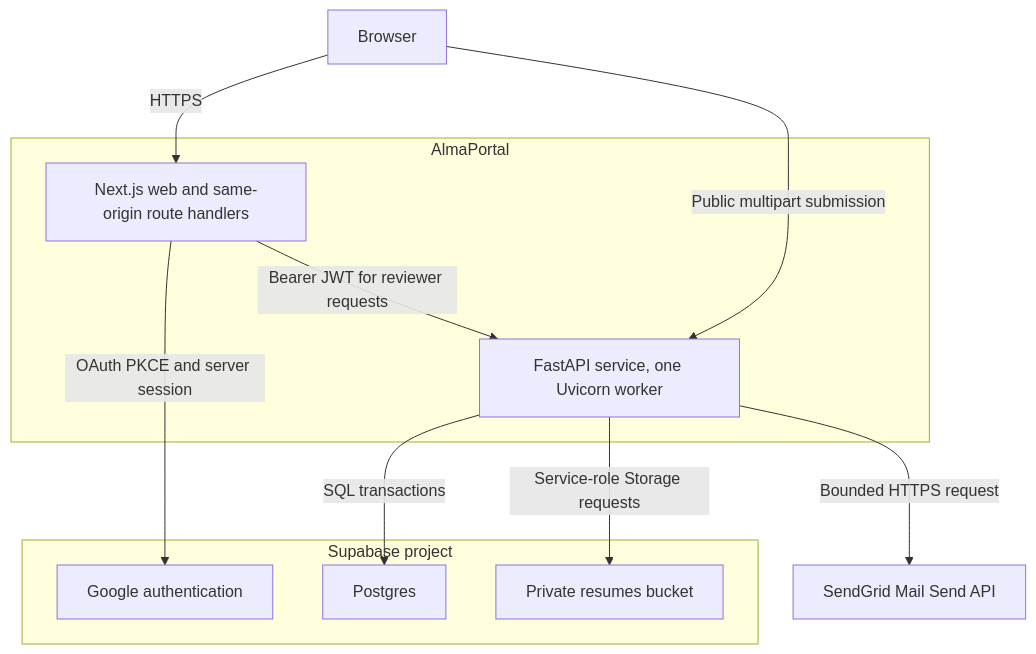
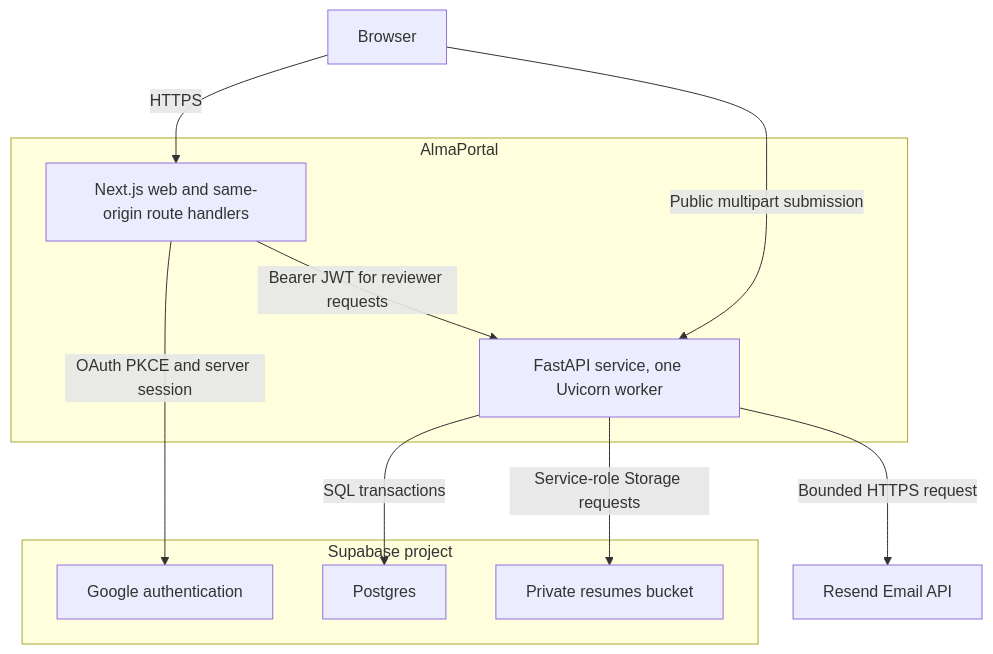
The second of 7 diagrams in docs/system-design.md (Ricky-RL/AlmaPortal), drawn with Mermaid before and after one commit. The commit also changed other lines of this file and 39 other files, not shown here.

First line of the commit message:
feat: switch mail to Resend and add the submission packet

````diff
--- a/docs/system-design.md
+++ b/docs/system-design.md
@@ -54,25 +59,25 @@
 ```mermaid
 flowchart TB
     Browser["Browser"]
 
     subgraph AlmaPortal["AlmaPortal"]
         Web["Next.js web and same-origin route handlers"]
         API["FastAPI service, one Uvicorn worker"]
     end
 
     subgraph SupabasePlatform["Supabase project"]
         Auth["Google authentication"]
         DB["Postgres"]
         Storage["Private resumes bucket"]
     end
 
-    Mail["SendGrid Mail Send API"]
+    Mail["Resend Email API"]
 
     Browser -->|"HTTPS"| Web
     Browser -->|"Public multipart submission"| API
     Web -->|"OAuth PKCE and server session"| Auth
     Web -->|"Bearer JWT for reviewer requests"| API
     API -->|"SQL transactions"| DB
     API -->|"Service-role Storage requests"| Storage
     API -->|"Bounded HTTPS request"| Mail
 ```
````
